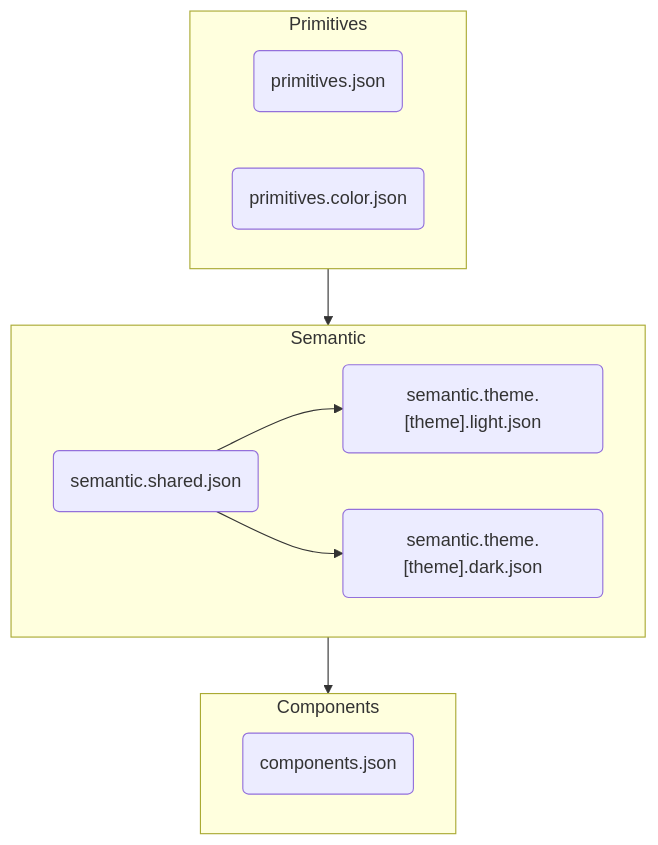
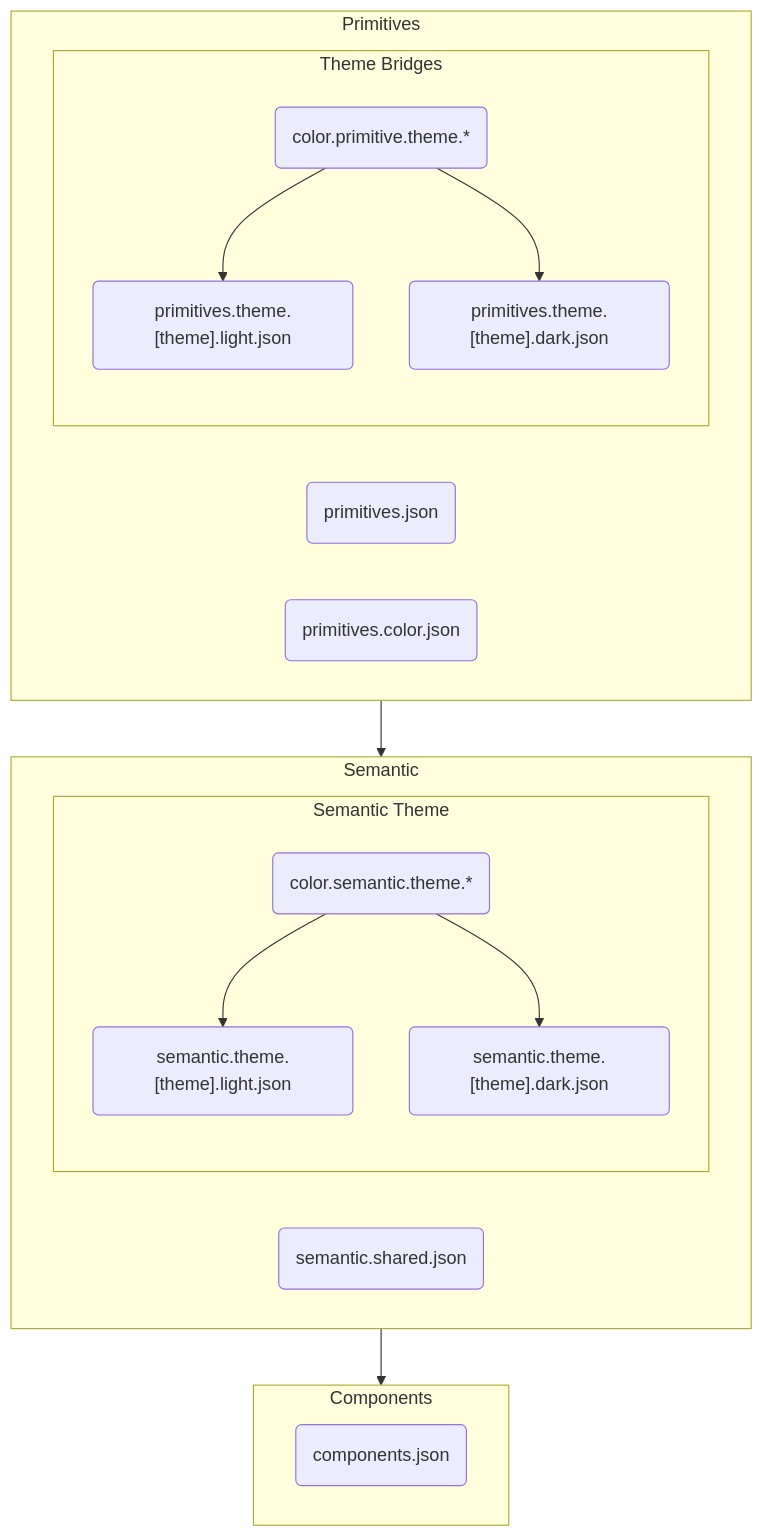
One commit to vizualization-lab/cobalt-design-system changed the diagram in packages/docs/tokens/structure.md. Above: the diagram before and after it, drawn with Mermaid. The commit also changed other lines of this file and 65 other files, not shown here.

````diff
--- a/packages/docs/tokens/structure.md
+++ b/packages/docs/tokens/structure.md
@@ -15,25 +16,40 @@
 ```mermaid
 flowchart TD
 
 
 subgraph Primitives["Primitives"]
 p("primitives.json")
 pc("primitives.color.json")
+ptl("primitives.theme.[theme].light.json")
+ptd("primitives.theme.[theme].dark.json")
+
+
+subgraph PrimitiveThemeBridges["Theme Bridges"]
+ptb("color.primitive.theme.*")
+ptb-->ptl
+ptb-->ptd
+end
 end
 
 subgraph Semantic["Semantic"]
 ss(semantic.shared.json)
 stl("semantic.theme.[theme].light.json")
 std("semantic.theme.[theme].dark.json")
-ss-->stl
-ss-->std
+
+subgraph SemanticTheme["Semantic Theme"]
+sta("color.semantic.theme.*")
+sta-->stl
+sta-->std
+end
+
+
 end
 
 
 subgraph Components["Components"]
 c("components.json")
 end
 
 Primitives-->Semantic
 Semantic-->Components
 ```
````
